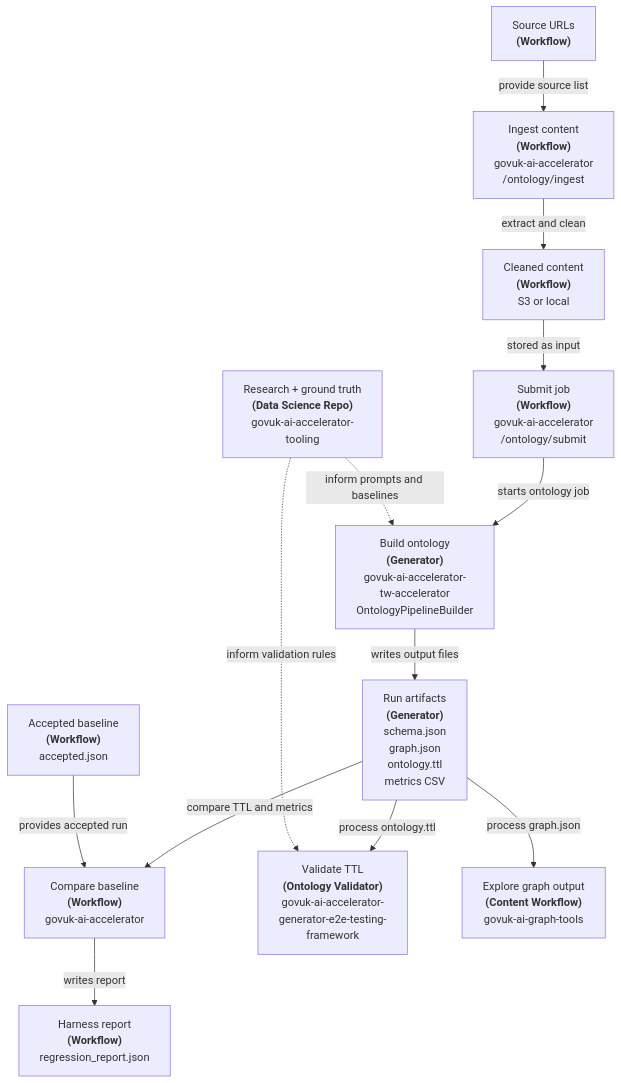
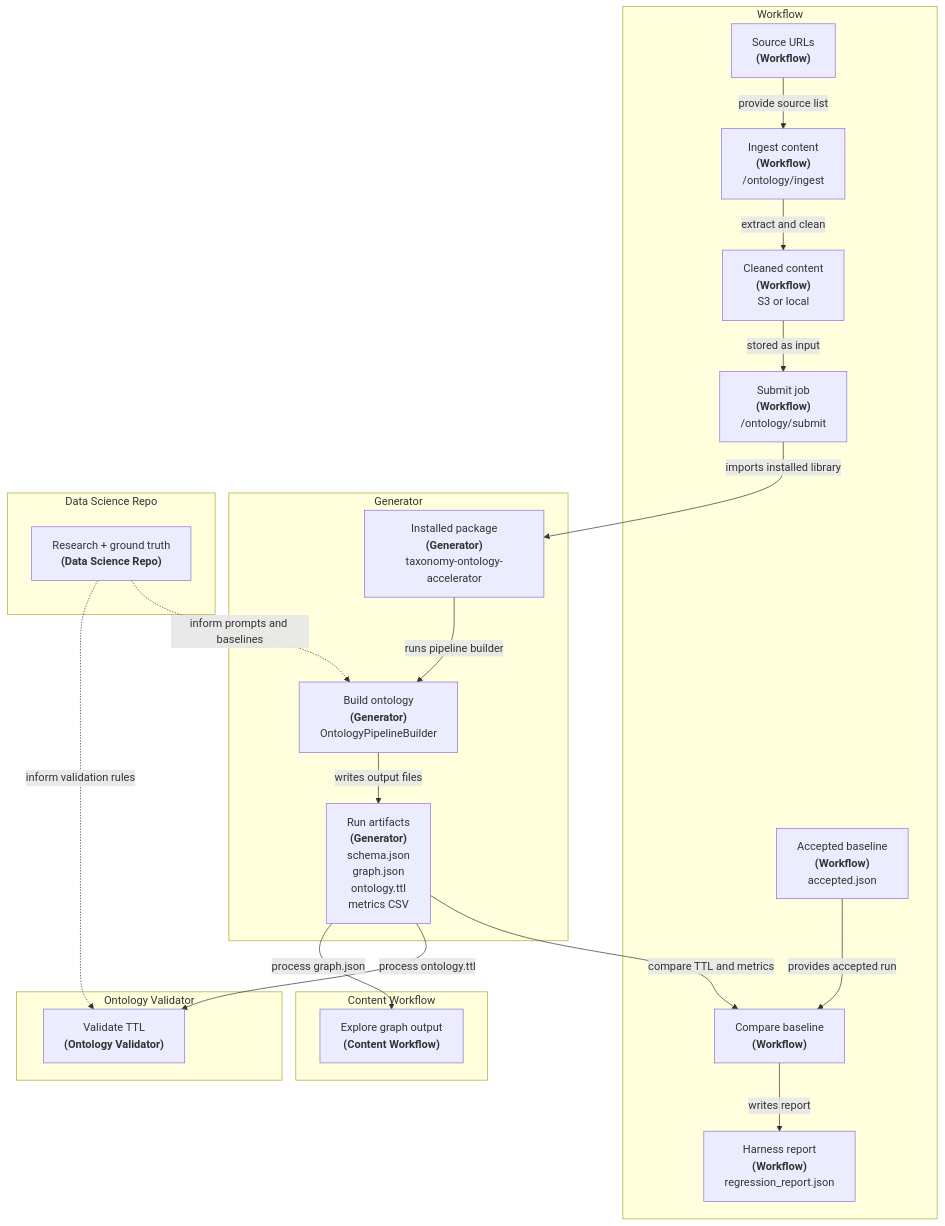
One commit to alphagov/govuk-ai-accelerator changed the diagram in docs/architecture/cross-repo-integration.md. Above: the diagram before and after it, drawn with Mermaid. The commit also changed other lines of this file, not shown here.

Commit message:
Group lifecycle diagram by repository

````diff
--- a/docs/architecture/cross-repo-integration.md
+++ b/docs/architecture/cross-repo-integration.md
@@ -21,28 +21,44 @@
 ```mermaid
 flowchart TD
-    urls["Source URLs<br/><b>(Workflow)</b>"]
-    ingest["Ingest content<br/><b>(Workflow)</b><br/>govuk-ai-accelerator<br/>/ontology/ingest"]
-    cleaned["Cleaned content<br/><b>(Workflow)</b><br/>S3 or local"]
-    submit["Submit job<br/><b>(Workflow)</b><br/>govuk-ai-accelerator<br/>/ontology/submit"]
-    dataScience["Research + ground truth<br/><b>(Data Science Repo)</b><br/>govuk-ai-accelerator-<br/>tooling"]
-    generator["Build ontology<br/><b>(Generator)</b><br/>govuk-ai-accelerator-<br/>tw-accelerator<br/>OntologyPipelineBuilder"]
-    artifacts["Run artifacts<br/><b>(Generator)</b><br/>schema.json<br/>graph.json<br/>ontology.ttl<br/>metrics CSV"]
-    baseline["Accepted baseline<br/><b>(Workflow)</b><br/>accepted.json"]
-    harness["Compare baseline<br/><b>(Workflow)</b><br/>govuk-ai-accelerator"]
-    report["Harness report<br/><b>(Workflow)</b><br/>regression_report.json"]
-    validator["Validate TTL<br/><b>(Ontology Validator)</b><br/>govuk-ai-accelerator-<br/>generator-e2e-testing-<br/>framework"]
-    contentWorkflow["Explore graph output<br/><b>(Content Workflow)</b><br/>govuk-ai-graph-tools"]
+    subgraph workflowRepo["Workflow"]
+        urls["Source URLs<br/><b>(Workflow)</b>"]
+        ingest["Ingest content<br/><b>(Workflow)</b><br/>/ontology/ingest"]
+        cleaned["Cleaned content<br/><b>(Workflow)</b><br/>S3 or local"]
+        submit["Submit job<br/><b>(Workflow)</b><br/>/ontology/submit"]
+        baseline["Accepted baseline<br/><b>(Workflow)</b><br/>accepted.json"]
+        harness["Compare baseline<br/><b>(Workflow)</b>"]
+        report["Harness report<br/><b>(Workflow)</b><br/>regression_report.json"]
+    end
+
+    subgraph generatorRepo["Generator"]
+        generatorPackage["Installed package<br/><b>(Generator)</b><br/>taxonomy-ontology-accelerator"]
+        generator["Build ontology<br/><b>(Generator)</b><br/>OntologyPipelineBuilder"]
+        artifacts["Run artifacts<br/><b>(Generator)</b><br/>schema.json<br/>graph.json<br/>ontology.ttl<br/>metrics CSV"]
+    end
+
+    subgraph dataScienceRepo["Data Science Repo"]
+        dataScience["Research + ground truth<br/><b>(Data Science Repo)</b>"]
+    end
+
+    subgraph validatorRepo["Ontology Validator"]
+        validator["Validate TTL<br/><b>(Ontology Validator)</b>"]
+    end
+
+    subgraph contentRepo["Content Workflow"]
+        contentWorkflow["Explore graph output<br/><b>(Content Workflow)</b>"]
+    end
 
     urls -->|"provide source list"| ingest
     ingest -->|"extract and clean"| cleaned
     cleaned -->|"stored as input"| submit
-    submit -->|"starts ontology job"| generator
+    submit -->|"imports installed library"| generatorPackage
+    generatorPackage -->|"runs pipeline builder"| generator
     generator -->|"writes output files"| artifacts
     artifacts -->|"compare TTL and metrics"| harness
     baseline -->|"provides accepted run"| harness
     harness -->|"writes report"| report
     artifacts -->|"process ontology.ttl"| validator
     artifacts -->|"process graph.json"| contentWorkflow
     dataScience -.->|"inform prompts and baselines"| generator
     dataScience -.->|"inform validation rules"| validator
 ```
````
